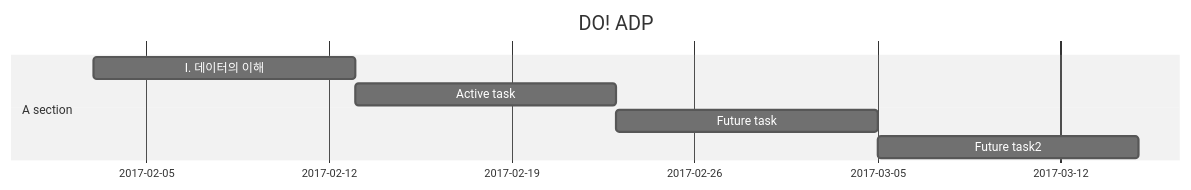
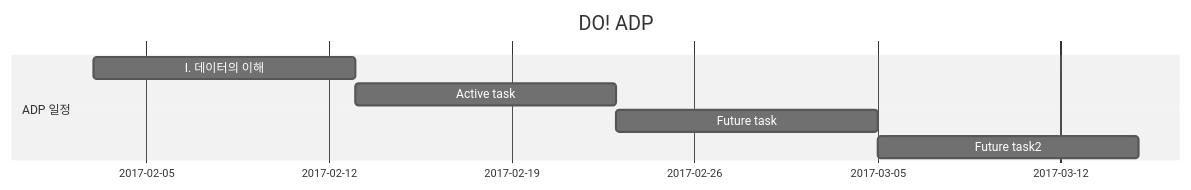
Before and after one commit to jacegem/Today-I-Learned: the diagram in doc/adp.md, drawn with Mermaid (neutral theme).

Commit message:
Updates doc/adp.md
Auto commit by GitBook Editor

```diff
--- a/doc/adp.md
+++ b/doc/adp.md
@@ -3,10 +3,10 @@
 {% mermaid %}
 gantt
         dateFormat  YYYY.MM.DD
         title DO! ADP
-        section A section
+        section ADP 일정
         Ⅰ. 데이터의 이해         : 2017.02.03, 10d
         Active task              :  10d
         Future task              :  10d
         Future task2             :  10d
 {% endmermaid %}
```
